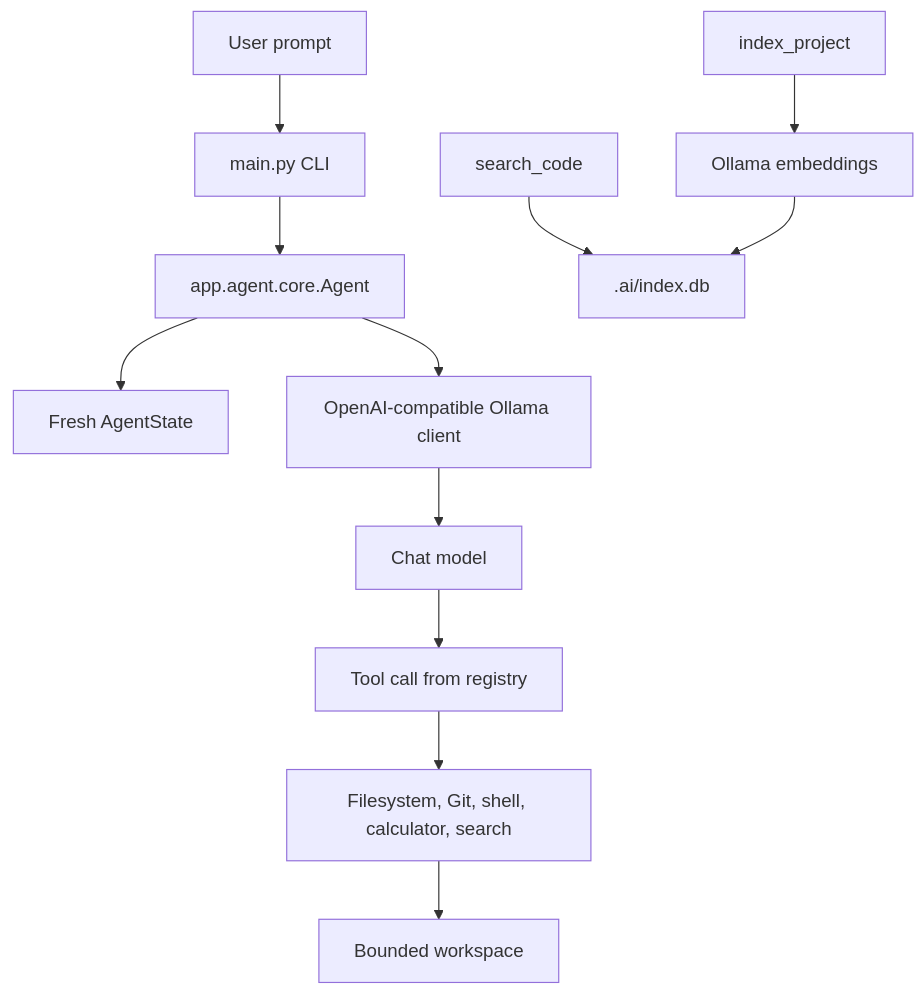
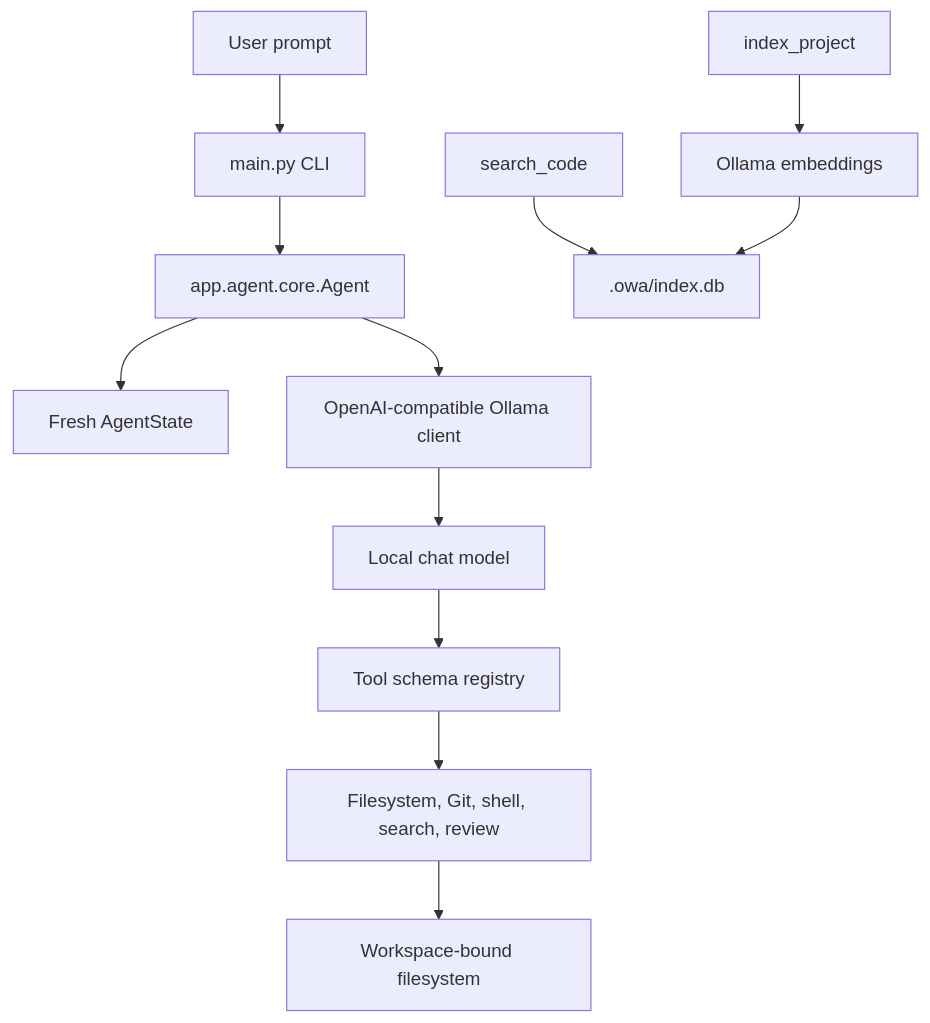
Before and after one commit to ZakaCoding/ollama-workspace-agent: the diagram in wiki/Architecture.md, drawn with Mermaid. The commit also changed other lines of this file and 12 other files, not shown here.

````diff
--- a/wiki/Architecture.md
+++ b/wiki/Architecture.md
@@ -5,14 +7,14 @@
 ```mermaid
 flowchart TD
     User[User prompt] --> Main[main.py CLI]
     Main --> Agent[app.agent.core.Agent]
     Agent --> State[Fresh AgentState]
     Agent --> LLM[OpenAI-compatible Ollama client]
-    LLM --> Model[Chat model]
-    Model --> Registry[Tool call from registry]
-    Registry --> Tools[Filesystem, Git, shell, calculator, search]
-    Tools --> Workspace[Bounded workspace]
-    Search[search_code] --> SQLite[.ai/index.db]
+    LLM --> Model[Local chat model]
+    Model --> Registry[Tool schema registry]
+    Registry --> Tools[Filesystem, Git, shell, search, review]
+    Tools --> Workspace[Workspace-bound filesystem]
+    Search[search_code] --> SQLite[.owa/index.db]
     Indexer[index_project] --> Embed[Ollama embeddings]
     Embed --> SQLite
 ```
````
